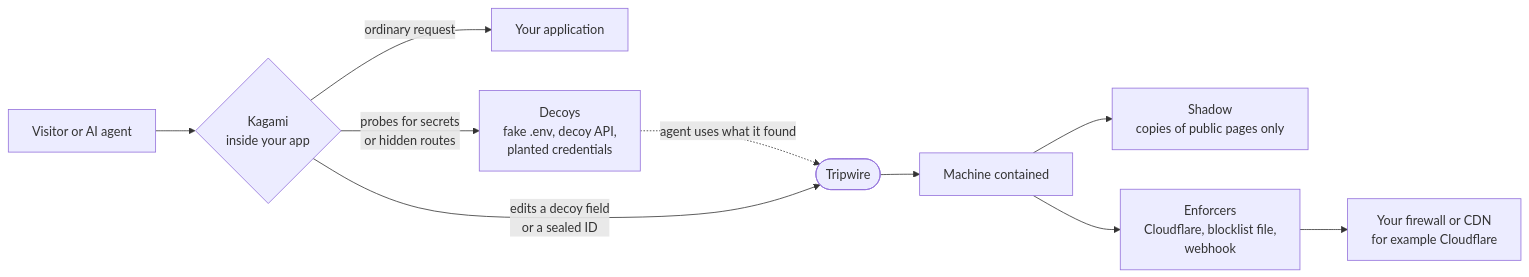
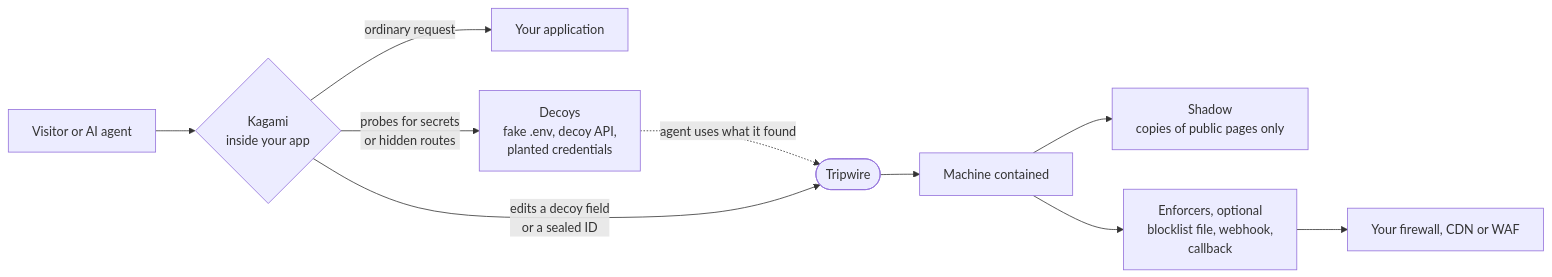
The first of 2 diagrams in README.md (agenticslabs-xyz/lurensic), drawn with Mermaid before and after one commit. The commit also changed other lines of this file and 25 other files, not shown here.

````diff
--- a/README.md
+++ b/README.md
@@ -29,12 +29,12 @@
 ```mermaid
 flowchart LR
     V["Visitor or AI agent"] --> K{"Kagami<br/>inside your app"}
     K -->|"ordinary request"| APP["Your application"]
     K -->|"probes for secrets<br/>or hidden routes"| D["Decoys<br/>fake .env, decoy API,<br/>planted credentials"]
     D -.->|"agent uses what it found"| T(["Tripwire"])
     K -->|"edits a decoy field<br/>or a sealed ID"| T
     T --> C["Machine contained"]
     C --> S["Shadow<br/>copies of public pages only"]
-    C --> E["Enforcers<br/>Cloudflare, blocklist file,<br/>webhook"]
-    E --> EDGE["Your firewall or CDN<br/>for example Cloudflare"]
+    C --> E["Enforcers, optional<br/>blocklist file, webhook,<br/>callback"]
+    E --> EDGE["Your firewall, CDN or WAF"]
 ```
````
